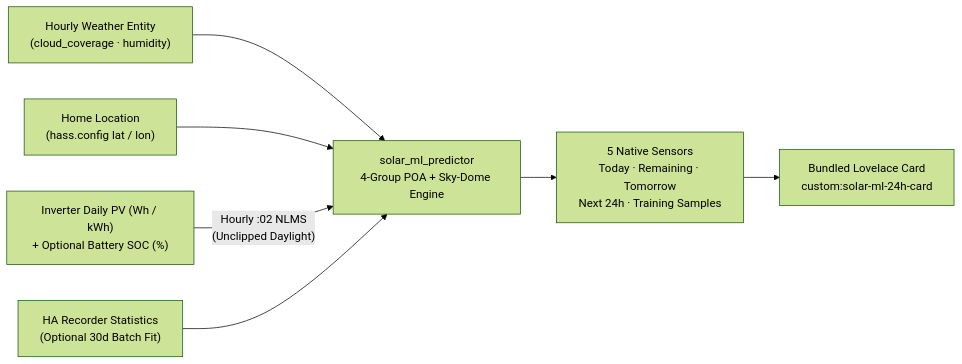
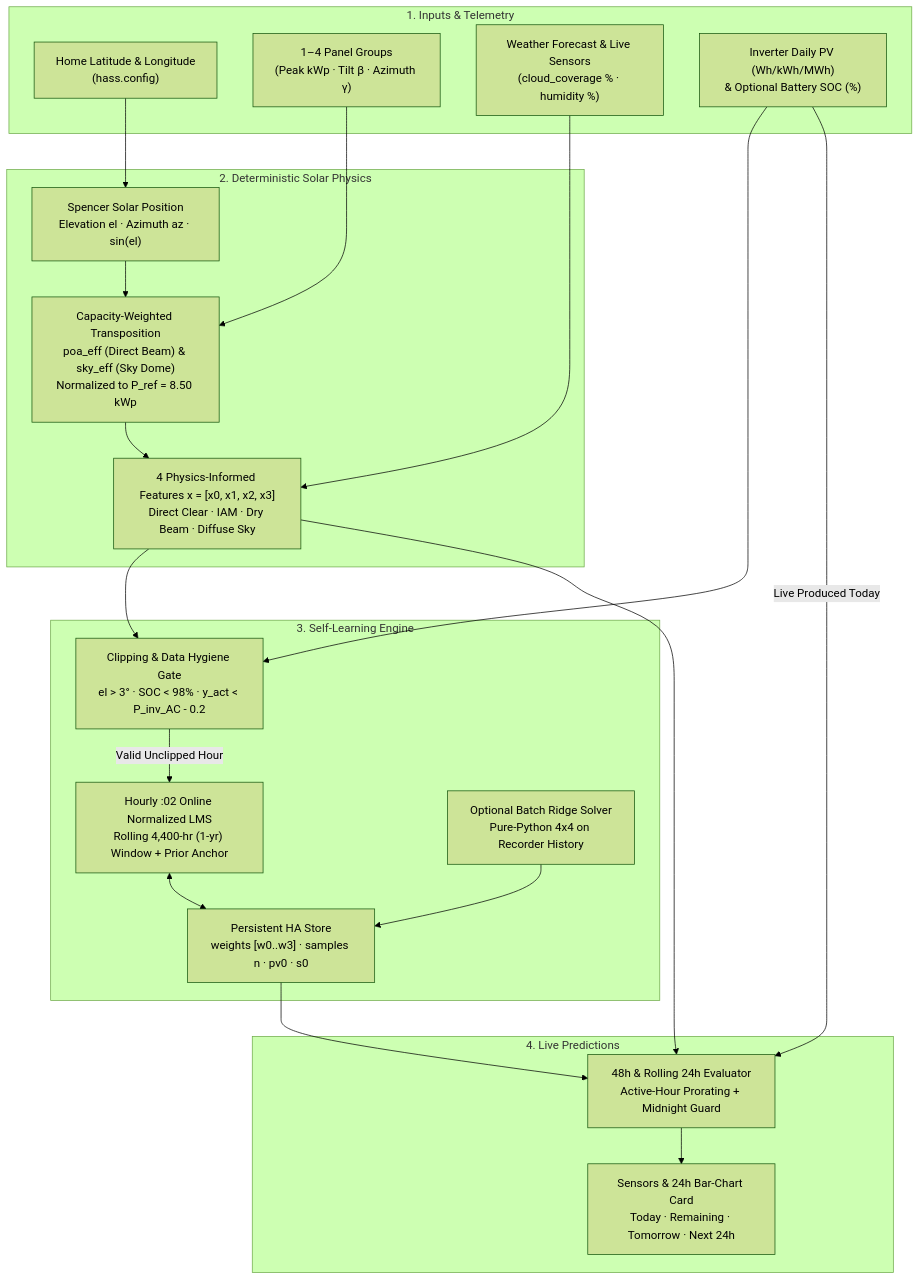
Before and after one commit to cpetra/ha-solar-ml-predictor: the diagram in README.md, drawn with Mermaid (forest theme). The commit also changed other lines of this file, not shown here.

Commit message:
Add complete Installation/Configuration guide and ML Engine chapter to README

````diff
--- a/README.md
+++ b/README.md
@@ -17,9 +176,42 @@
 ```mermaid
-flowchart LR
-    Weather["Hourly Weather Entity\n(cloud_coverage · humidity)"] --> Engine["solar_ml_predictor\n4-Group POA + Sky-Dome Engine"]
-    Home["Home Location\n(hass.config lat / lon)"] --> Engine
-    Inverter["Inverter Daily PV (Wh / kWh)\n+ Optional Battery SOC (%)"] -->|"Hourly :02 NLMS\n(Unclipped Daylight)"| Engine
-    Recorder["HA Recorder Statistics\n(Optional 30d Batch Fit)"] --> Engine
-    Engine --> Sensors["5 Native Sensors\nToday · Remaining · Tomorrow\nNext 24h · Training Samples"]
-    Sensors --> Card["Bundled Lovelace Card\ncustom:solar-ml-24h-card"]
+flowchart TD
+    subgraph Inputs["1. Inputs & Telemetry"]
+        LatLon["Home Latitude & Longitude\n(hass.config)"]
+        Groups["1–4 Panel Groups\n(Peak kWp · Tilt β · Azimuth γ)"]
+        OWM["Weather Forecast & Live Sensors\n(cloud_coverage % · humidity %)"]
+        PV["Inverter Daily PV (Wh/kWh/MWh)\n& Optional Battery SOC (%)"]
+    end
+
+    subgraph Physics["2. Deterministic Solar Physics"]
+        Astro["Spencer Solar Position\nElevation el · Azimuth az · sin(el)"]
+        POA["Capacity-Weighted Transposition\npoa_eff (Direct Beam) & sky_eff (Sky Dome)\nNormalized to P_ref = 8.50 kWp"]
+        Feats["4 Physics-Informed Features x = [x0, x1, x2, x3]\nDirect Clear · IAM · Dry Beam · Diffuse Sky"]
+    end
+
+    subgraph Learner["3. Self-Learning Engine"]
+        Guard["Clipping & Data Hygiene Gate\nel > 3° · SOC < 98% · y_act < P_inv_AC - 0.2"]
+        NLMS["Hourly :02 Online Normalized LMS\nRolling 4,400-hr (1-yr) Window + Prior Anchor"]
+        Ridge["Optional Batch Ridge Solver\nPure-Python 4x4 on Recorder History"]
+        Store["Persistent HA Store\nweights [w0..w3] · samples n · pv0 · s0"]
+    end
+
+    subgraph Output["4. Live Predictions"]
+        Prorate["48h & Rolling 24h Evaluator\nActive-Hour Prorating + Midnight Guard"]
+        Entities["Sensors & 24h Bar-Chart Card\nToday · Remaining · Tomorrow · Next 24h"]
+    end
+
+    LatLon --> Astro
+    Groups --> POA
+    Astro --> POA
+    POA --> Feats
+    OWM --> Feats
+    PV --> Guard
+    Feats --> Guard
+    Guard -->|"Valid Unclipped Hour"| NLMS
+    Ridge --> Store
+    NLMS <--> Store
+    Store --> Prorate
+    Feats --> Prorate
+    PV -->|"Live Produced Today"| Prorate
+    Prorate --> Entities
 ```
````
